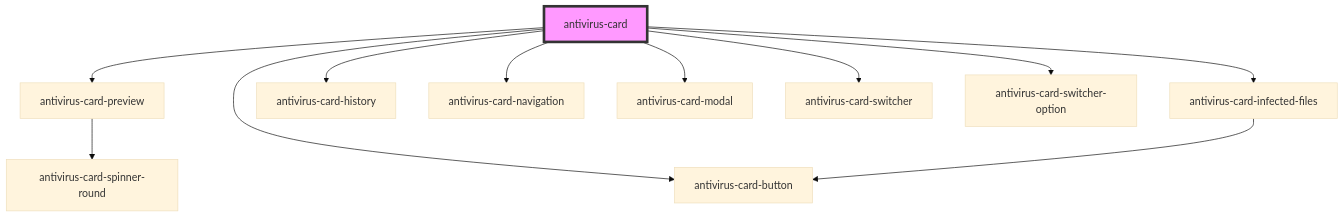
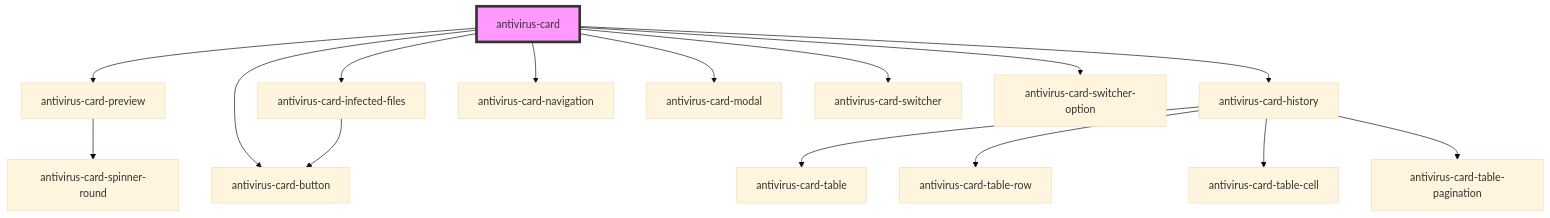
One commit to ispsystem/plugin-imunify changed the diagram in packages/antivirus-card/src/components/readme.md. Above: the diagram before and after it, drawn with Mermaid (base theme). The commit also changed 9 other files, not shown here.

````diff
--- a/packages/antivirus-card/src/components/readme.md
+++ b/packages/antivirus-card/src/components/readme.md
@@ -22,14 +22,18 @@
 ```mermaid
 graph TD;
   antivirus-card --> antivirus-card-preview
   antivirus-card --> antivirus-card-infected-files
   antivirus-card --> antivirus-card-history
   antivirus-card --> antivirus-card-navigation
   antivirus-card --> antivirus-card-modal
   antivirus-card --> antivirus-card-switcher
   antivirus-card --> antivirus-card-switcher-option
   antivirus-card --> antivirus-card-button
   antivirus-card-preview --> antivirus-card-spinner-round
   antivirus-card-infected-files --> antivirus-card-button
+  antivirus-card-history --> antivirus-card-table
+  antivirus-card-history --> antivirus-card-table-row
+  antivirus-card-history --> antivirus-card-table-cell
+  antivirus-card-history --> antivirus-card-table-pagination
   style antivirus-card fill:#f9f,stroke:#333,stroke-width:4px
 ```
````
